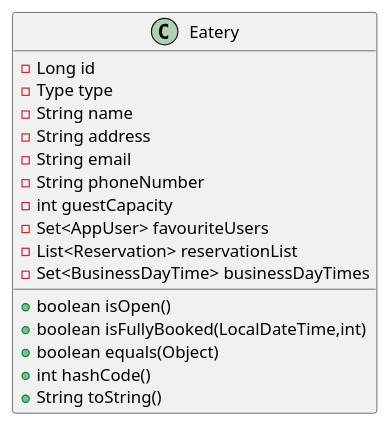
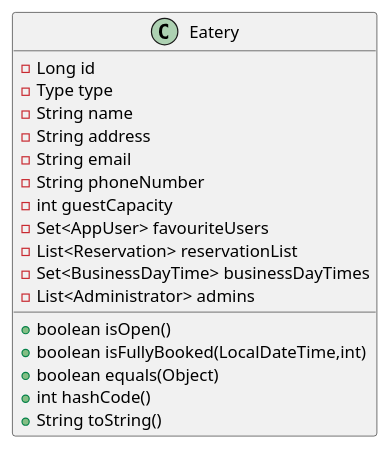
Before and after one commit to kyklospi/eatery: the diagram in uml/eatery.puml, drawn with PlantUML.

Commit message:
update eatery uml

```diff
--- a/uml/eatery.puml
+++ b/uml/eatery.puml
@@ -1,19 +1,20 @@
 @startuml
 class Eatery {
 - Long id
 - Type type
 - String name
 - String address
 - String email
 - String phoneNumber
 - int guestCapacity
 - Set<AppUser> favouriteUsers
 - List<Reservation> reservationList
 - Set<BusinessDayTime> businessDayTimes
+- List<Administrator> admins
 + boolean isOpen()
 + boolean isFullyBooked(LocalDateTime,int)
 + boolean equals(Object)
 + int hashCode()
 + String toString()
 }
 @enduml
```
